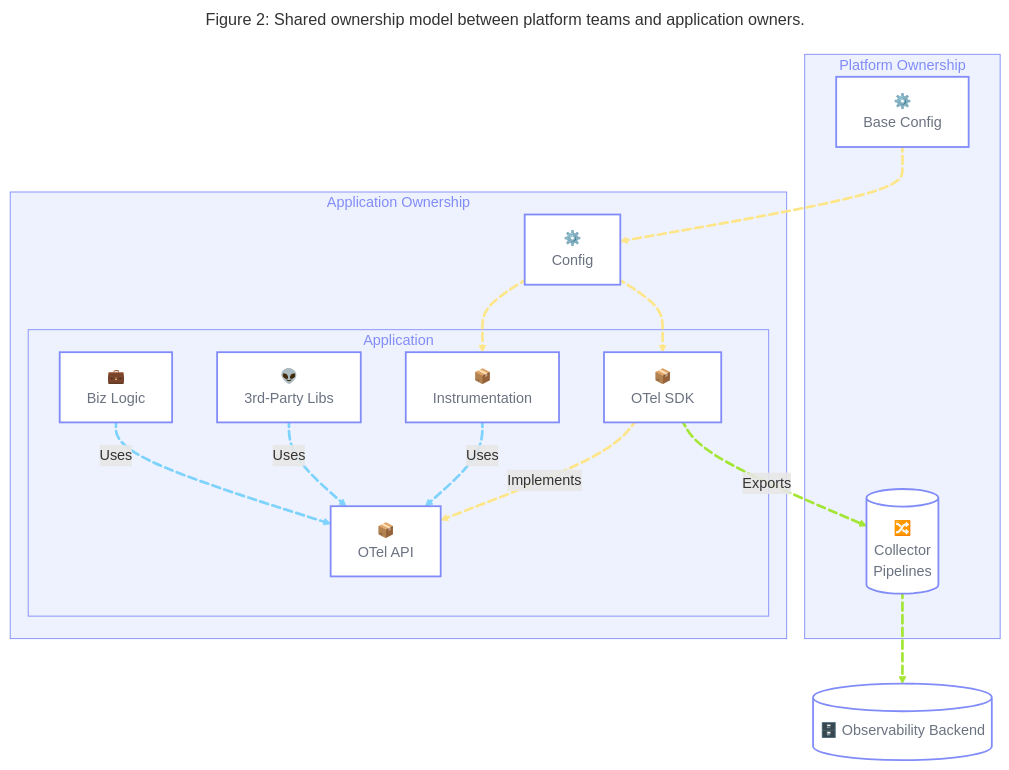
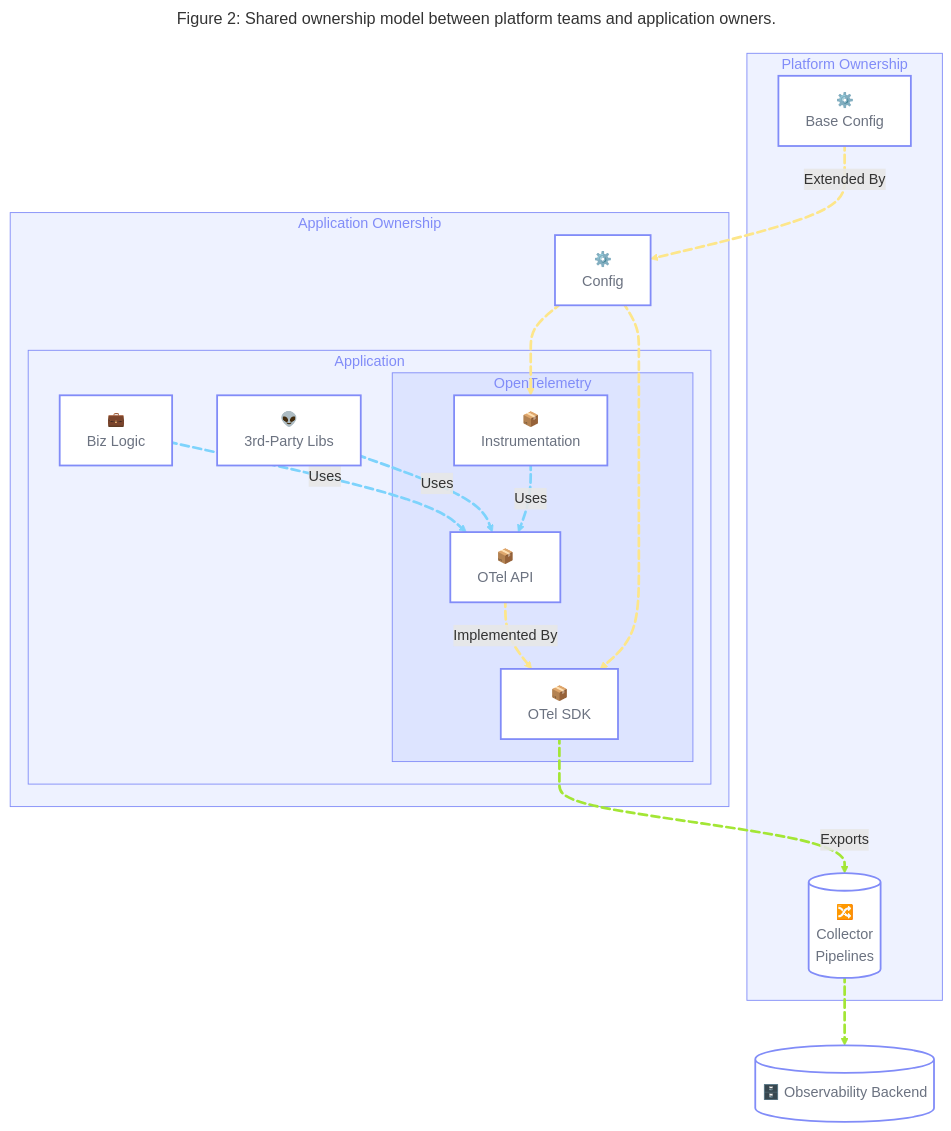
One commit to open-telemetry/opentelemetry.io changed the second of 4 diagrams in content/en/docs/guidance/blueprints/centralized-platforms.md. Above: the diagram before and after it, drawn with Mermaid.

Commit message:
Add details to Figure 2

````diff
--- a/content/en/docs/guidance/blueprints/centralized-platforms.md
+++ b/content/en/docs/guidance/blueprints/centralized-platforms.md
@@ -344,57 +344,60 @@
 ```mermaid
 ---
 title: "Figure 2: Shared ownership model between platform teams and application owners."
 config:
   flowchart:
     curve: basis
 ---
 flowchart TD
     subgraph User["Application Ownership"]
         Application["Application"]:::node
         Config["⚙️<br>Config"]:::node
     end
 
     subgraph Platform["Platform Ownership"]
         Collector[("🔀️<br>Collector<br>Pipelines")]:::node
         BaseConfig["⚙️<br>Base Config"]:::node
     end
 
     subgraph Application["Application"]
         AppCode["💼<br>Biz Logic"]:::node
         ThirdParty["👽<br>3rd-Party Libs"]:::node
-        InstLibs["📦<br>Instrumentation"]:::node
-        OTelSDK["📦<br>OTel SDK"]:::node
-        OTelAPI["📦<br>OTel API"]:::node
+        subgraph OTel["OpenTelemetry"]
+            InstLibs["📦<br>Instrumentation"]:::node
+            OTelSDK["📦<br>OTel SDK"]:::node
+            OTelAPI["📦<br>OTel API"]:::node
+        end
     end
 
     Sink[("🗄️ Observability Backend")]:::node
 
     AppCode L_AppCode_API@-- Uses --> OTelAPI
     ThirdParty L_ThirdParty_API@-- Uses --> OTelAPI
     InstLibs L_InstLibs_API@-- Uses --> OTelAPI
-    OTelSDK L_SDK_API@-. Implements .-> OTelAPI
+    OTelAPI L_SDK_API@-. Implemented By .-> OTelSDK
 
     Config L_Config_InstLibs@-.-> InstLibs
     Config L_Config_SDK@-.-> OTelSDK
     OTelSDK L_SDK_Collector@-- Exports --> Collector
     Collector L_Collector_Sink@--> Sink
-    BaseConfig L_BaseConfig_Config@-.-> Config
+    BaseConfig L_BaseConfig_Config@-- Extended By --> Config
 
     classDef node fill:#ffffff, stroke:#818cf8, stroke-width:2px, color:#6b7280
     style User fill:#eef2ff, stroke:#818cf8, stroke-width:1px, color:#818cf8
     style Platform fill:#eef2ff, stroke:#818cf8, stroke-width:1px, color:#818cf8
     style Application fill:#eef2ff, stroke:#818cf8, stroke-width:1px, color:#818cf8
+    style OTel fill:#dde4ff, stroke:#818cf8, stroke-width:1px, color:#818cf8
     linkStyle 0,1,2 stroke:#7dd3fc, fill:none, stroke-width:3px
     linkStyle 3,4,5,8 stroke:#fde68a, fill:none, stroke-width:3px
     linkStyle 6,7 stroke:#a3e635, fill:none, stroke-width:3px
 
     L_AppCode_API@{ animation: fast }
     L_ThirdParty_API@{ animation: fast }
     L_InstLibs_API@{ animation: fast }
     L_SDK_API@{ animation: slow }
     L_Config_InstLibs@{ animation: slow }
     L_Config_SDK@{ animation: slow }
     L_SDK_Collector@{ animation: fast }
     L_Collector_Sink@{ animation: fast }
     L_BaseConfig_Config@{ animation: slow }
 ```
````
